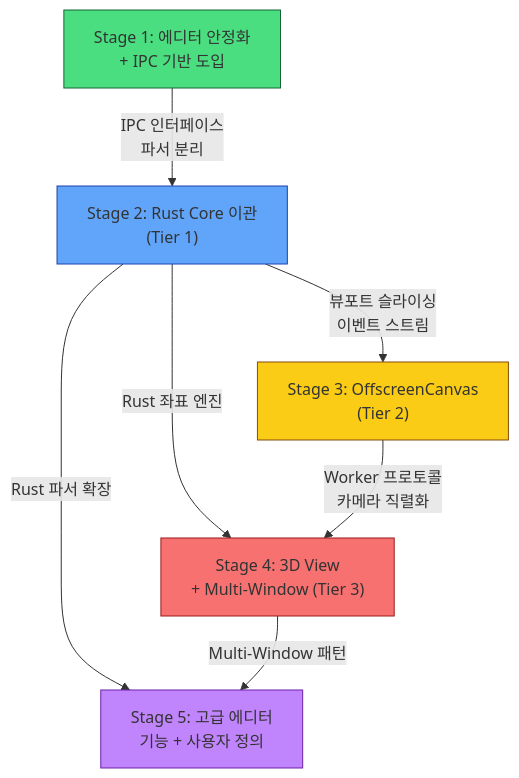
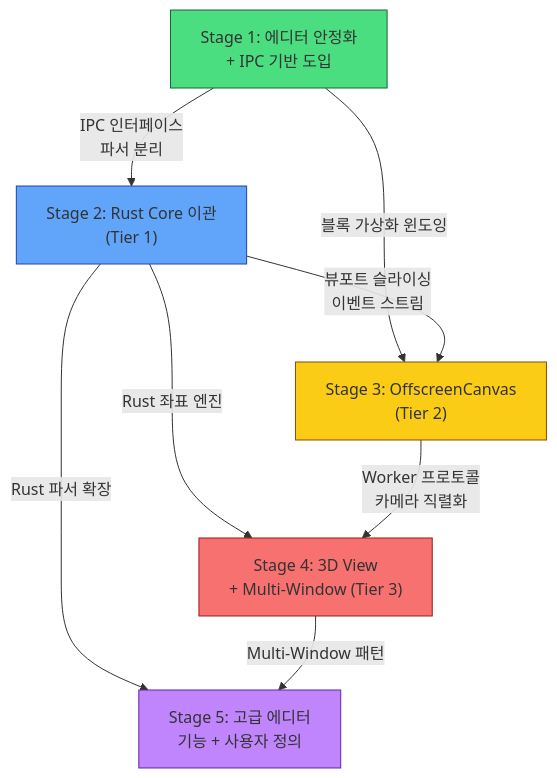
The diagram in project/architecture_stages.md (NoviceWyatt19/note-app-devoras), drawn with Mermaid before and after one commit. The commit also changed other lines of this file and 28 other files, not shown here.

````diff
--- a/project/architecture_stages.md
+++ b/project/architecture_stages.md
@@ -152,21 +175,22 @@
 ```mermaid
 graph TD
     S1["Stage 1: 에디터 안정화\n+ IPC 기반 도입"]
     S2["Stage 2: Rust Core 이관\n(Tier 1)"]
     S3["Stage 3: OffscreenCanvas\n(Tier 2)"]
     S4["Stage 4: 3D View\n+ Multi-Window (Tier 3)"]
     S5["Stage 5: 고급 에디터\n기능 + 사용자 정의"]
 
     S1 -->|IPC 인터페이스\n파서 분리| S2
+    S1 -->|블록 가상화 윈도잉| S3
     S2 -->|뷰포트 슬라이싱\n이벤트 스트림| S3
     S2 -->|Rust 좌표 엔진| S4
     S3 -->|Worker 프로토콜\n카메라 직렬화| S4
     S2 -->|Rust 파서 확장| S5
     S4 -->|Multi-Window 패턴| S5
 
     style S1 fill:#4ade80,stroke:#166534
     style S2 fill:#60a5fa,stroke:#1e40af
     style S3 fill:#facc15,stroke:#854d0e
     style S4 fill:#f87171,stroke:#991b1b
     style S5 fill:#c084fc,stroke:#6b21a8
 ```
````
